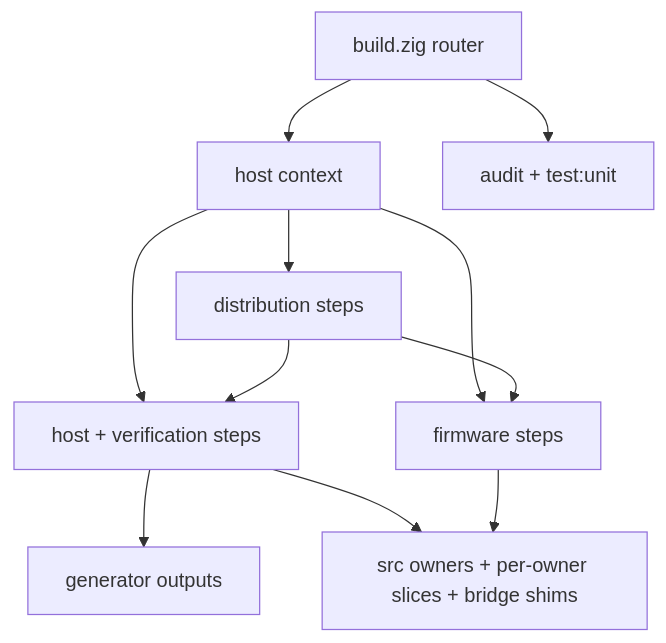
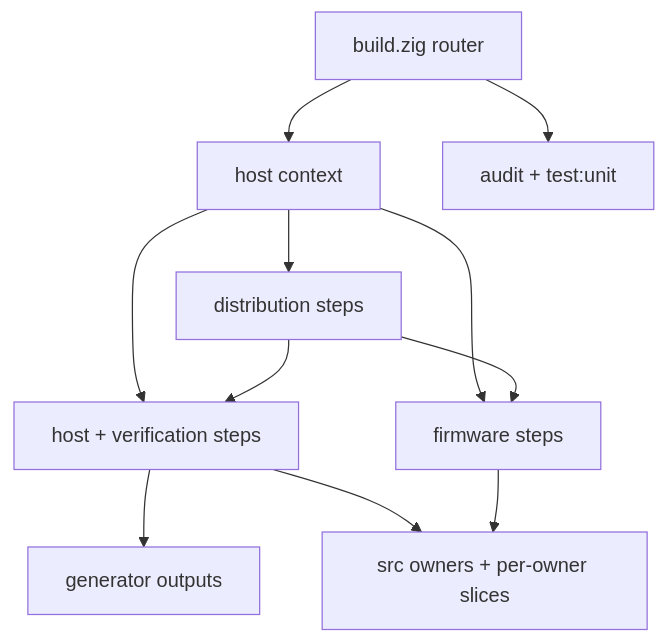
The diagram in docs/20-zig-build-graph.md (ppigazzini/z47), drawn with Mermaid before and after one commit. The commit also changed other lines of this file and 31 other files, not shown here.

````diff
--- a/docs/20-zig-build-graph.md
+++ b/docs/20-zig-build-graph.md
@@ -86,22 +85,22 @@
 ```mermaid
 flowchart TD
   A[build.zig router]
   B[host context]
   C[host + verification steps]
   D[firmware steps]
   E[distribution steps]
   F[generator outputs]
-  G[src owners + per-owner slices + bridge shims]
+  G[src owners + per-owner slices]
   H[audit + test:unit]
 
   A --> H
   A --> B
   B --> C
   B --> D
   B --> E
   C --> F
   C --> G
   D --> G
   E --> C
   E --> D
 ```
````
